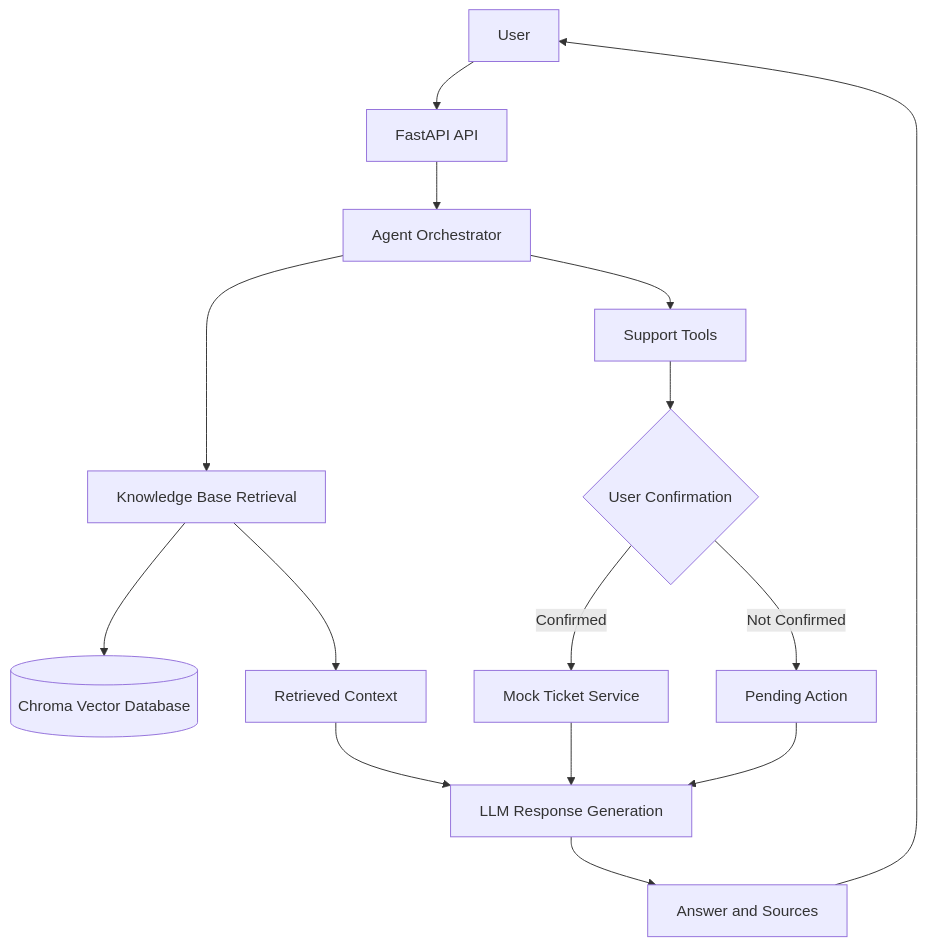
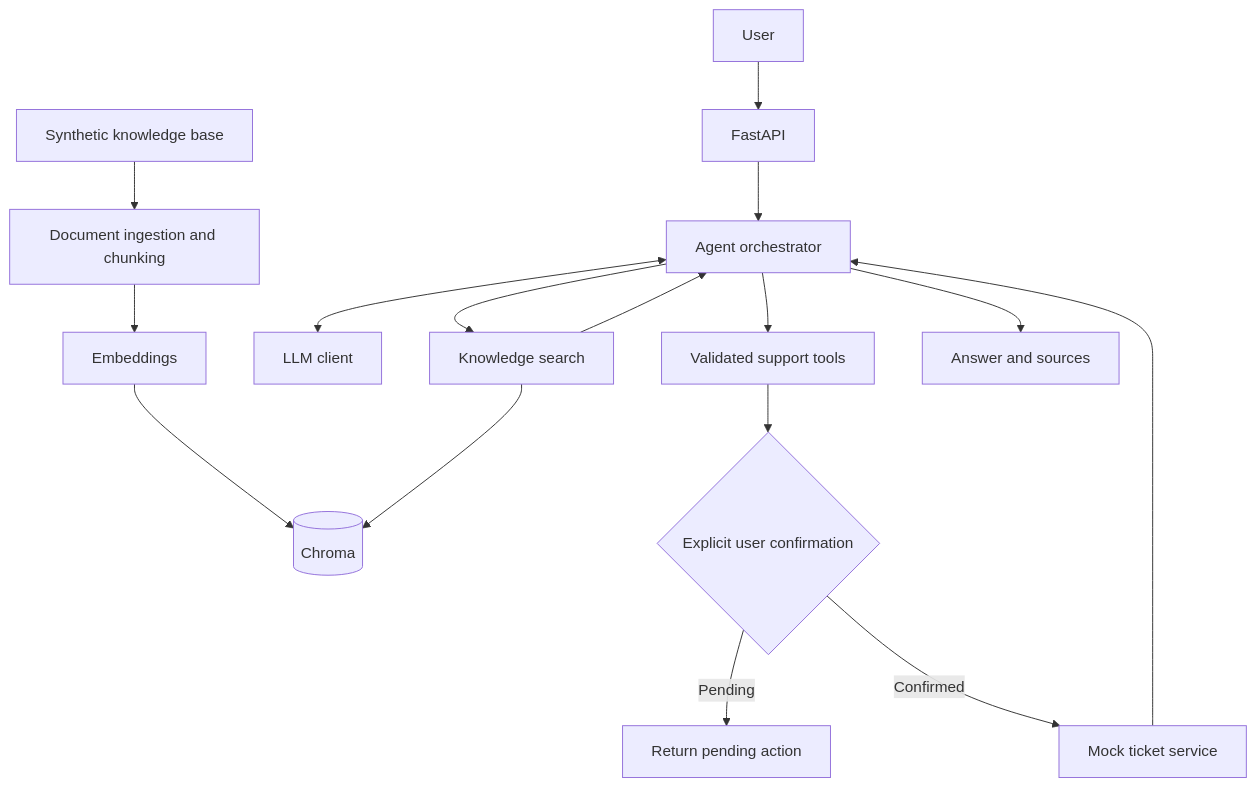
The second of 2 diagrams in README.md (JesseJestem/SupportOps-RAG-Agent), drawn with Mermaid before and after one commit. The commit also changed other lines of this file, not shown here.

````diff
--- a/README.md
+++ b/README.md
@@ -284,22 +191,18 @@
 ```mermaid
 flowchart TD
-    User[User] --> API[FastAPI API]
-    API --> Agent[Agent Orchestrator]
-
-    Agent --> Retrieval[Knowledge Base Retrieval]
-    Agent --> Tools[Support Tools]
-
-    Retrieval --> Chroma[(Chroma Vector Database)]
-    Retrieval --> Context[Retrieved Context]
-
-    Tools --> Confirmation{User Confirmation}
-    Confirmation -->|Confirmed| Ticket[Mock Ticket Service]
-    Confirmation -->|Not Confirmed| Pending[Pending Action]
-
-    Context --> LLM[LLM Response Generation]
-    Ticket --> LLM
-    Pending --> LLM
-
-    LLM --> Response[Answer and Sources]
-    Response --> User
+    Docs[Synthetic knowledge base] --> Ingestion[Document ingestion and chunking]
+    Ingestion --> Embeddings[Embeddings]
+    Embeddings --> DB[(Chroma)]
+    User[User] --> API[FastAPI]
+    API --> Agent[Agent orchestrator]
+    Agent <--> LLM[LLM client]
+    Agent --> Retrieval[Knowledge search]
+    Retrieval --> DB
+    Retrieval --> Agent
+    Agent --> Tools[Validated support tools]
+    Tools --> Confirm{Explicit user confirmation}
+    Confirm -->|Pending| Proposal[Return pending action]
+    Confirm -->|Confirmed| Ticket[Mock ticket service]
+    Ticket --> Agent
+    Agent --> Answer[Answer and sources]
 ```
````
